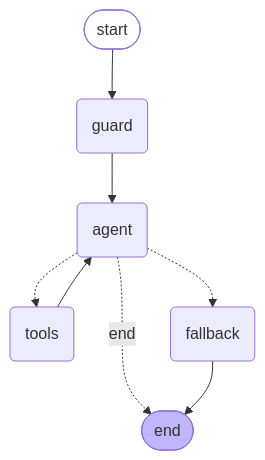
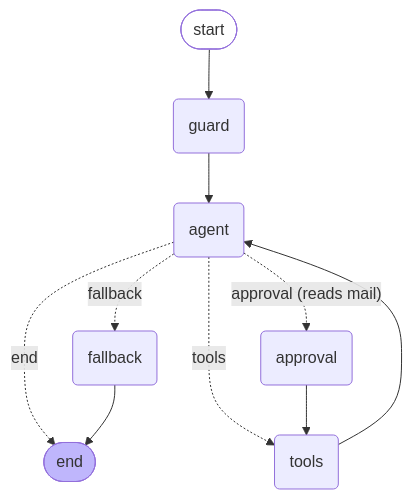
One commit to aarensberg/langgraph-agent changed the diagram in README.md. Above: the diagram before and after it, drawn with Mermaid. The commit also changed other lines of this file and 10 other files, not shown here.

````diff
--- a/README.md
+++ b/README.md
@@ -46,18 +42,21 @@
 ```mermaid
 graph TD;
 	__start__([start]):::first
 	guard(guard)
 	agent(agent)
+	approval(approval)
 	tools(tools)
 	fallback(fallback)
 	__end__([end]):::last
 	__start__ --> guard;
 	guard --> agent;
 	agent -. "end" .-> __end__;
-	agent -.-> tools;
-	agent -.-> fallback;
+	agent -. "tools" .-> tools;
+	agent -. "approval (reads mail)" .-> approval;
+	agent -. "fallback" .-> fallback;
+	approval --> tools;
 	tools --> agent;
 	fallback --> __end__;
 	classDef first fill-opacity:0
 	classDef last fill:#bfb6fc
 ```
````
